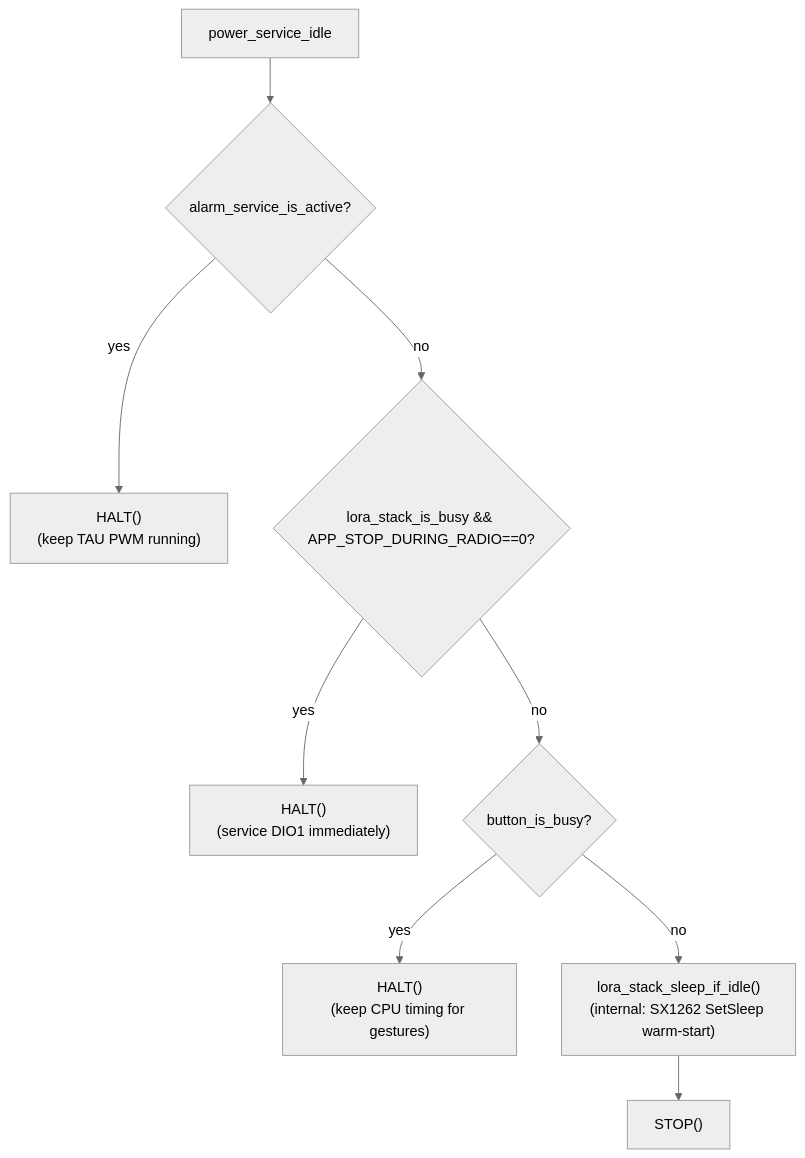
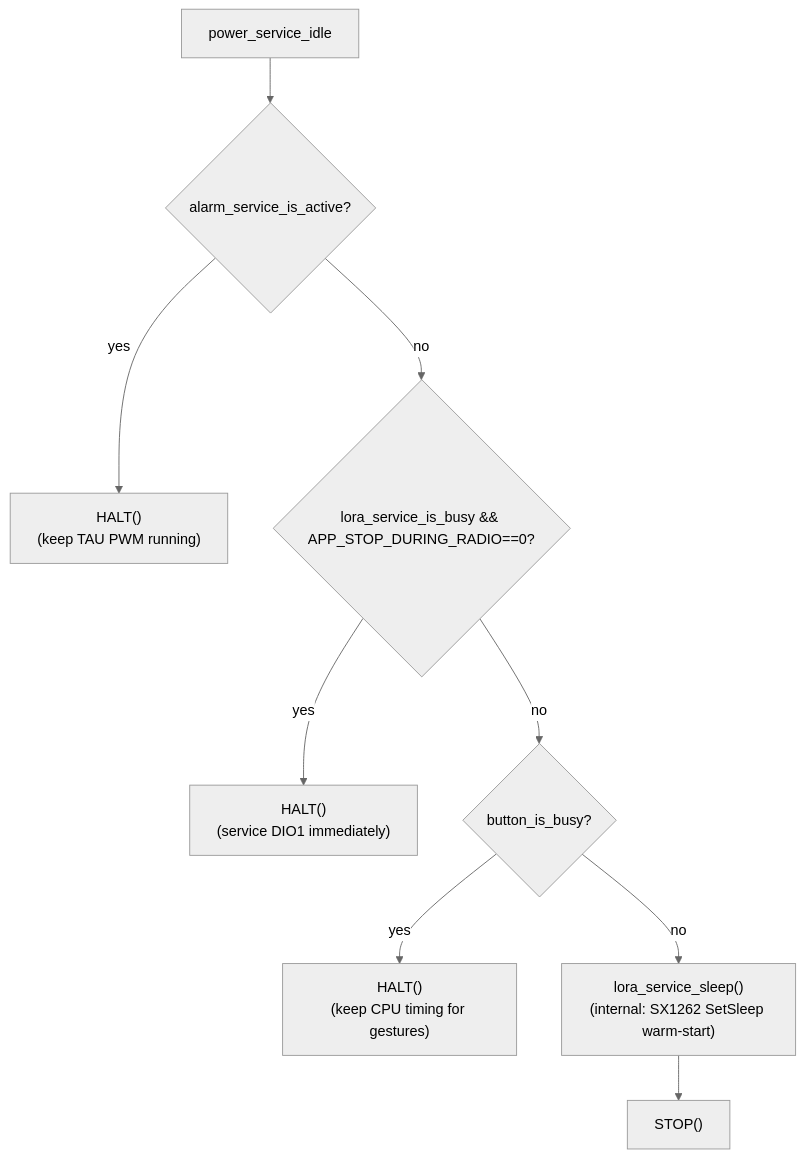
One commit to vuvantruong120896/emic_lora_protocol changed the tenth of 10 diagrams in EMIC_LORA_PROTOCOL/docs/layer_call_flow.md. Above: the diagram before and after it, drawn with Mermaid (neutral theme). The commit also changed other lines of this file and 41 other files, not shown here.

````diff
--- a/EMIC_LORA_PROTOCOL/docs/layer_call_flow.md
+++ b/EMIC_LORA_PROTOCOL/docs/layer_call_flow.md
@@ -349,11 +427,11 @@
 ```mermaid
 flowchart TD
   IDLE[power_service_idle] --> A{alarm_service_is_active?}
   A -- yes --> H1["HALT()<br/>(keep TAU PWM running)"]
-  A -- no --> B{lora_stack_is_busy && APP_STOP_DURING_RADIO==0?}
+  A -- no --> B{lora_service_is_busy && APP_STOP_DURING_RADIO==0?}
   B -- yes --> H2["HALT()<br/>(service DIO1 immediately)"]
   B -- no --> C{button_is_busy?}
   C -- yes --> H3["HALT()<br/>(keep CPU timing for gestures)"]
-  C -- no --> RS["lora_stack_sleep_if_idle()<br/>(internal: SX1262 SetSleep warm-start)"]
+  C -- no --> RS["lora_service_sleep()<br/>(internal: SX1262 SetSleep warm-start)"]
   RS --> S["STOP()"]
 ```
````
